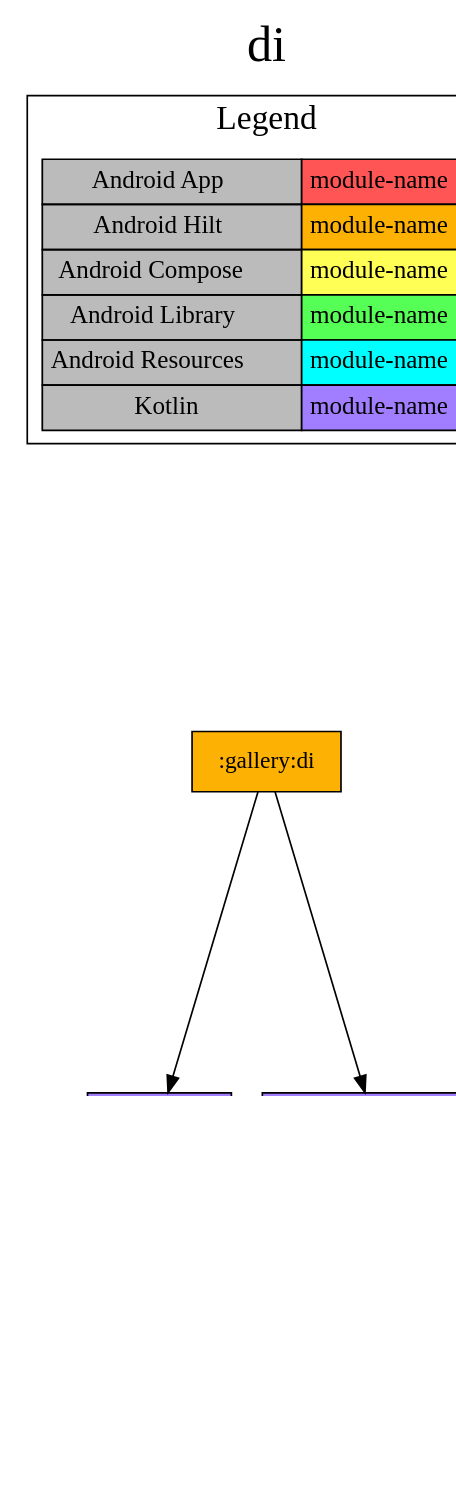
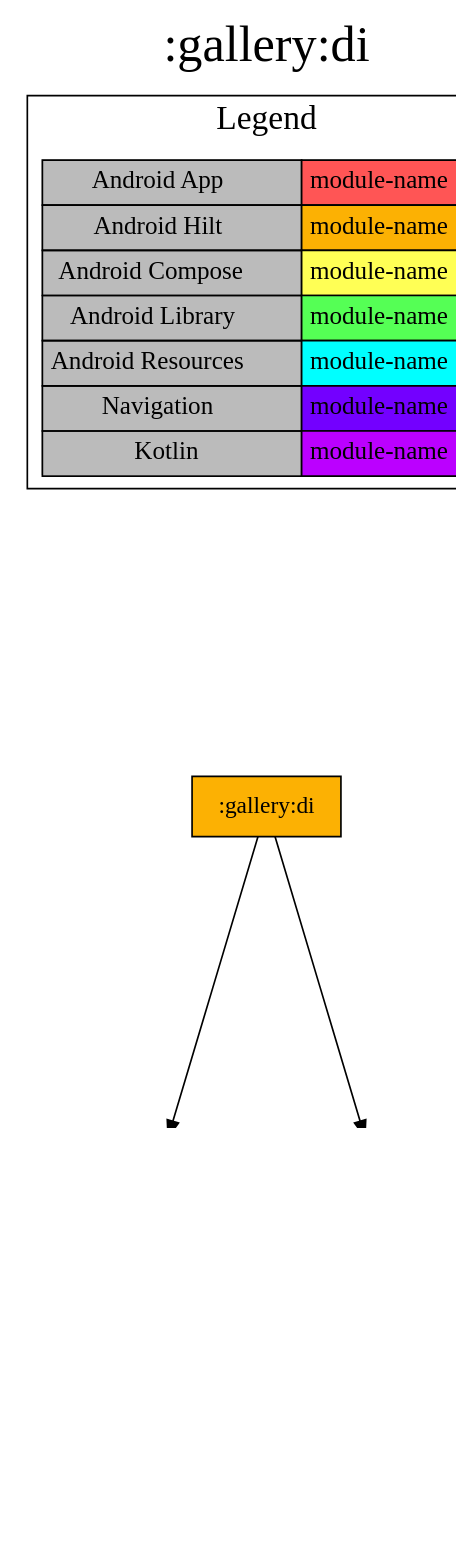
One commit to jonapoul/nasa-android changed the diagram in modules/gallery/di/project-dependency-graph.dot. Above: the diagram before and after it, drawn with Graphviz. The commit also changed 162 other files, not shown here.

```diff
--- a/modules/gallery/di/project-dependency-graph.dot
+++ b/modules/gallery/di/project-dependency-graph.dot
@@ -1,33 +1,34 @@
 digraph {
 edge ["dir"="forward"]
-graph ["dpi"="100","label"="di","labelloc"="t","fontsize"="30","ranksep"="2.5","rankdir"="TB"]
+graph ["dpi"="100","label"=":gallery:di","labelloc"="t","fontsize"="30","ranksep"="2.5","rankdir"="TB"]
 node ["style"="filled"]
 ":gallery:di" ["shape"="box","fillcolor"="#FCB103"]
-":core:http" ["fillcolor"="#A17EFF","shape"="box"]
-":core:model" ["fillcolor"="#A17EFF","shape"="box"]
-":gallery:data:api" ["fillcolor"="#A17EFF","shape"="box"]
-":gallery:model" ["fillcolor"="#A17EFF","shape"="box"]
+":core:http" ["fillcolor"="#BB00FF","shape"="box"]
+":core:model" ["fillcolor"="#BB00FF","shape"="box"]
+":gallery:data:api" ["fillcolor"="#BB00FF","shape"="box"]
+":gallery:model" ["fillcolor"="#BB00FF","shape"="box"]
 {
 edge ["dir"="none"]
 graph ["rank"="same"]
 ":gallery:di"
 }
 ":gallery:di" -> ":core:http"
 ":gallery:di" -> ":gallery:data:api"
 ":core:http" -> ":core:model"
 ":gallery:data:api" -> ":gallery:model"
 subgraph "cluster_legend" {
 edge ["dir"="none"]
 graph ["label"="Legend","fontsize"="20"]
 "Legend" ["style"="filled","fillcolor"="#bbbbbb","shape"="none","margin"="0","fontsize"="15","label"=<
 <TABLE BORDER="0" CELLBORDER="1" CELLSPACING="0" CELLPADDING="4">
 <TR><TD>Android App</TD><TD BGCOLOR="#FF5555">module-name</TD></TR>
 <TR><TD>Android Hilt</TD><TD BGCOLOR="#FCB103">module-name</TD></TR>
 <TR><TD>Android Compose</TD><TD BGCOLOR="#FFFF55">module-name</TD></TR>
 <TR><TD>Android Library</TD><TD BGCOLOR="#55FF55">module-name</TD></TR>
 <TR><TD>Android Resources</TD><TD BGCOLOR="#00FFFF">module-name</TD></TR>
-<TR><TD>Kotlin</TD><TD BGCOLOR="#A17EFF">module-name</TD></TR>
+<TR><TD>Navigation</TD><TD BGCOLOR="#7300FF">module-name</TD></TR>
+<TR><TD>Kotlin</TD><TD BGCOLOR="#BB00FF">module-name</TD></TR>
 </TABLE>
 >]
 } -> ":gallery:di" ["style"="invis"]
 }
```
